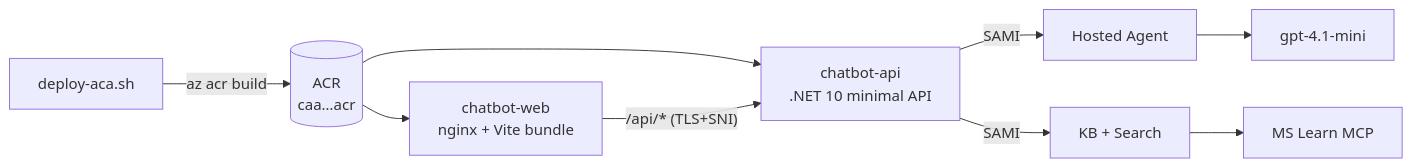
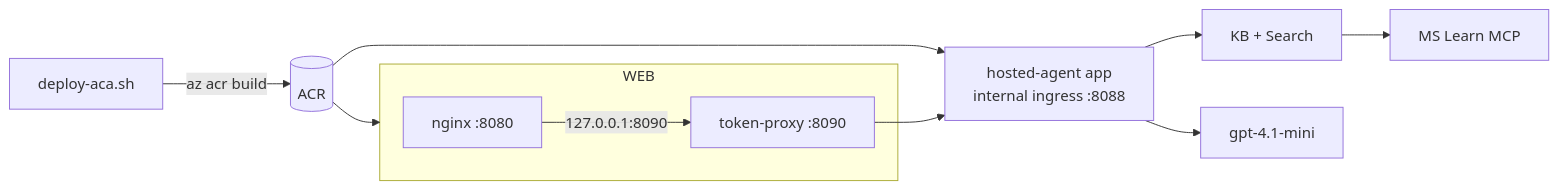
The third of 3 diagrams in docs/architecture.md (michaelsrichter/nasuni-azure-assistant), drawn with Mermaid before and after one commit. The commit also changed other lines of this file and 22 other files, not shown here.

````diff
--- a/docs/architecture.md
+++ b/docs/architecture.md
@@ -94,11 +116,15 @@
 ```mermaid
 flowchart LR
-    Dev[deploy-aca.sh] -->|az acr build| ACR[(ACR<br/>caa…acr)]
-    ACR --> WEB[chatbot-web<br/>nginx + Vite bundle]
-    ACR --> API[chatbot-api<br/>.NET 10 minimal API]
-    WEB -- /api/* (TLS+SNI) --> API
-    API -- SAMI --> AG[Hosted Agent]
-    API -- SAMI --> KB[KB + Search]
+    Dev[deploy-aca.sh] -->|az acr build| ACR[(ACR)]
+    ACR --> AG[hosted-agent app<br/>internal ingress :8088]
+    ACR --> WEB[chatbot-web app]
+    subgraph WEB
+      NGX[nginx :8080]
+      PRX[token-proxy :8090]
+    end
+    NGX -- 127.0.0.1:8090 --> PRX
+    PRX --> AG
+    AG --> KB[KB + Search]
     AG --> LLM[gpt-4.1-mini]
     KB --> MCP[MS Learn MCP]
 ```
````
